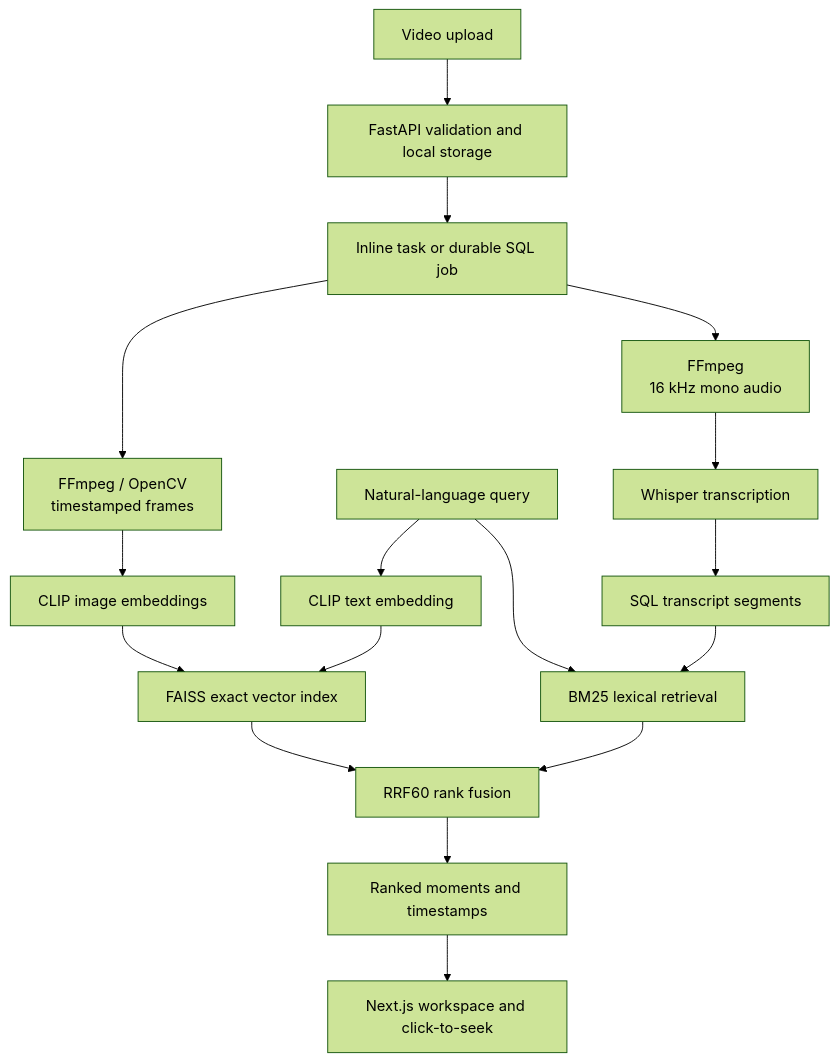
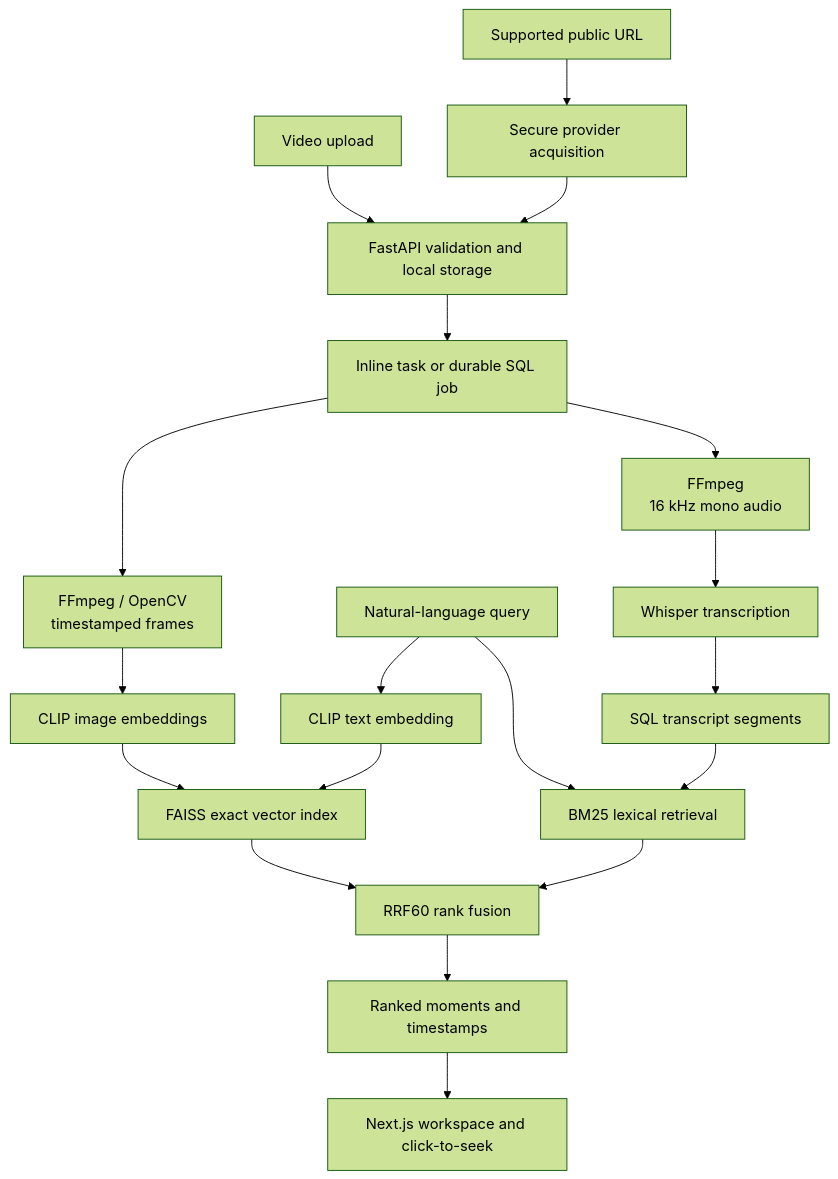
The diagram in README.md (AliberkOlukkaya/SceneMind), drawn with Mermaid (forest theme) before and after one commit. The commit also changed other lines of this file and 25 other files, not shown here.

Commit message:
Add secure video URL ingestion

````diff
--- a/README.md
+++ b/README.md
@@ -47,19 +47,21 @@
 ```mermaid
 flowchart TD
     Upload[Video upload] --> API[FastAPI validation and local storage]
+    URL[Supported public URL] --> Acquire[Secure provider acquisition]
+    Acquire --> API
     API --> Job[Inline task or durable SQL job]
     Job --> Frames[FFmpeg / OpenCV<br/>timestamped frames]
     Job --> Audio[FFmpeg<br/>16 kHz mono audio]
     Frames --> CLIP[CLIP image embeddings]
     CLIP --> FAISS[FAISS exact vector index]
     Audio --> Whisper[Whisper transcription]
     Whisper --> Segments[SQL transcript segments]
     Query[Natural-language query] --> CLIPText[CLIP text embedding]
     CLIPText --> FAISS
     Query --> BM25[BM25 lexical retrieval]
     Segments --> BM25
     FAISS --> RRF[RRF60 rank fusion]
     BM25 --> RRF
     RRF --> Moments[Ranked moments and timestamps]
     Moments --> UI[Next.js workspace and click-to-seek]
 ```
````
